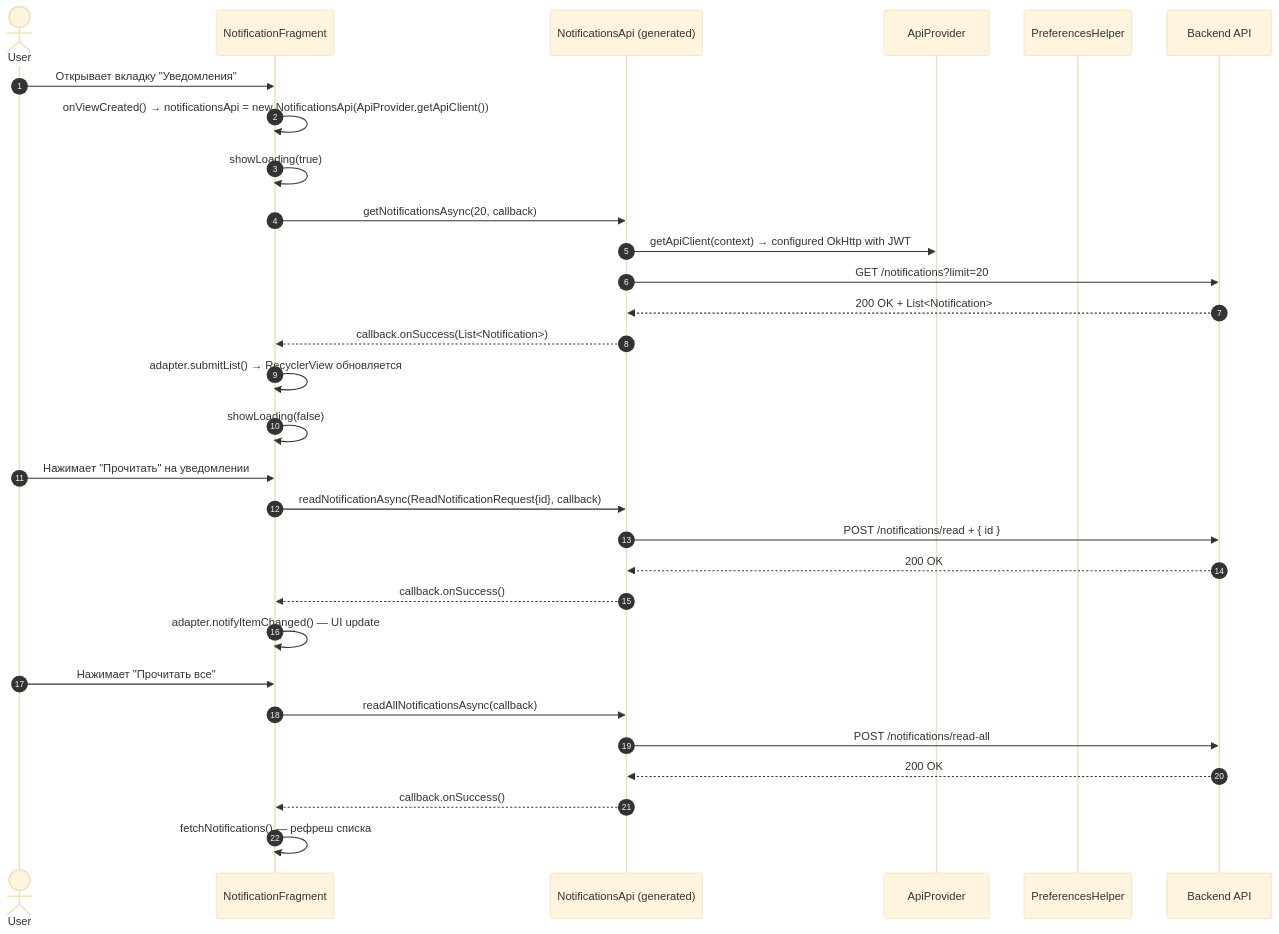
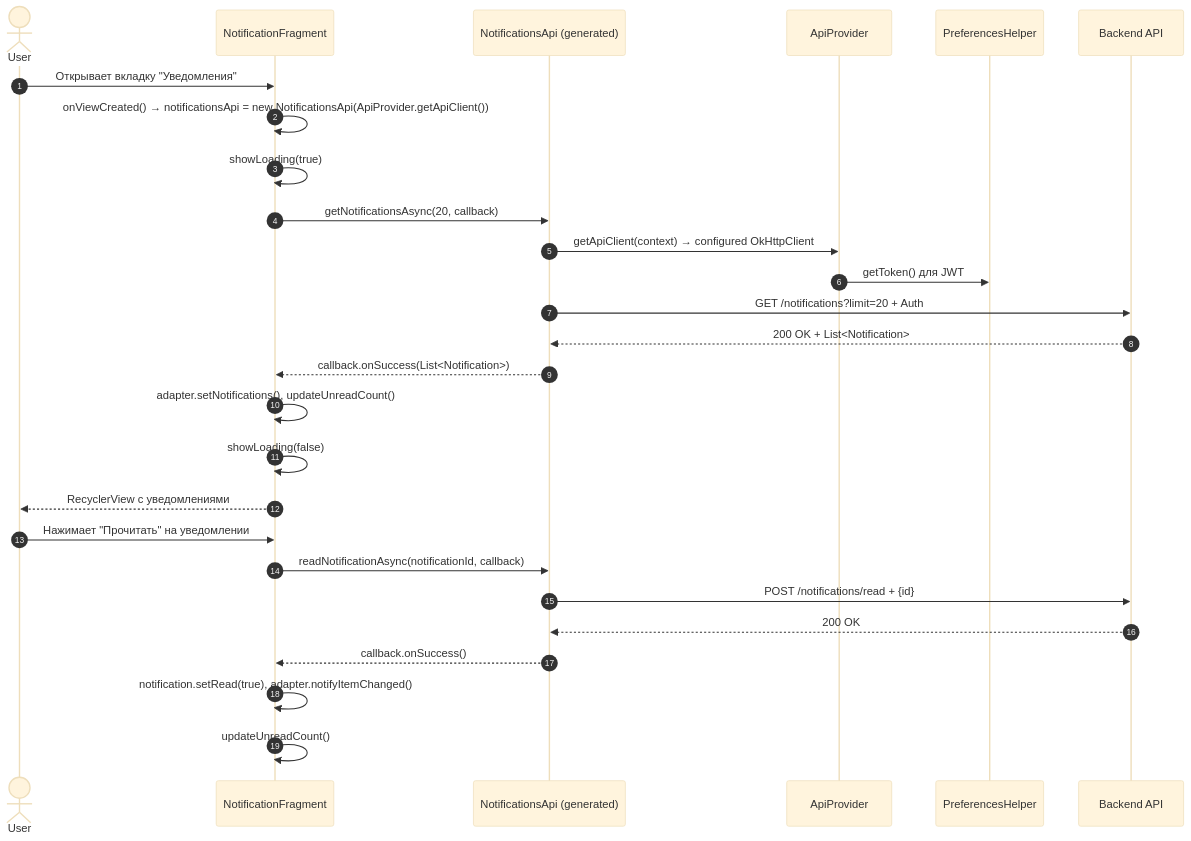
Before and after one commit to Macsik121/campus_ui: the seventh of 9 diagrams in ARCHITECTURE.md, drawn with Mermaid (base theme). The commit also changed other lines of this file and 4 other files, not shown here.

````diff
--- a/ARCHITECTURE.md
+++ b/ARCHITECTURE.md
@@ -267,35 +247,31 @@
 ```mermaid
 sequenceDiagram
     autonumber
     actor User
     participant NotifF as NotificationFragment
     participant NotifApi as NotificationsApi (generated)
     participant ApiProvider as ApiProvider
     participant Prefs as PreferencesHelper
     participant Server as Backend API
 
     User->>NotifF: Открывает вкладку "Уведомления"
     NotifF->>NotifF: onViewCreated() → notificationsApi = new NotificationsApi(ApiProvider.getApiClient())
     NotifF->>NotifF: showLoading(true)
     NotifF->>NotifApi: getNotificationsAsync(20, callback)
-    NotifApi->>ApiProvider: getApiClient(context) → configured OkHttp with JWT
-    NotifApi->>Server: GET /notifications?limit=20
+    NotifApi->>ApiProvider: getApiClient(context) → configured OkHttpClient
+    ApiProvider->>Prefs: getToken() для JWT
+    NotifApi->>Server: GET /notifications?limit=20 + Auth
     Server-->>NotifApi: 200 OK + List<Notification>
     NotifApi-->>NotifF: callback.onSuccess(List<Notification>)
-    NotifF->>NotifF: adapter.submitList() → RecyclerView обновляется
+    NotifF->>NotifF: adapter.setNotifications(), updateUnreadCount()
     NotifF->>NotifF: showLoading(false)
-    
+    NotifF-->>User: RecyclerView с уведомлениями
+
     User->>NotifF: Нажимает "Прочитать" на уведомлении
-    NotifF->>NotifApi: readNotificationAsync(ReadNotificationRequest{id}, callback)
-    NotifApi->>Server: POST /notifications/read + { id }
+    NotifF->>NotifApi: readNotificationAsync(notificationId, callback)
+    NotifApi->>Server: POST /notifications/read + {id}
     Server-->>NotifApi: 200 OK
     NotifApi-->>NotifF: callback.onSuccess()
-    NotifF->>NotifF: adapter.notifyItemChanged() — UI update
-    
-    User->>NotifF: Нажимает "Прочитать все"
-    NotifF->>NotifApi: readAllNotificationsAsync(callback)
-    NotifApi->>Server: POST /notifications/read-all
-    Server-->>NotifApi: 200 OK
-    NotifApi-->>NotifF: callback.onSuccess()
-    NotifF->>NotifF: fetchNotifications() — рефреш списка
+    NotifF->>NotifF: notification.setRead(true), adapter.notifyItemChanged()
+    NotifF->>NotifF: updateUnreadCount()
 ```
````
